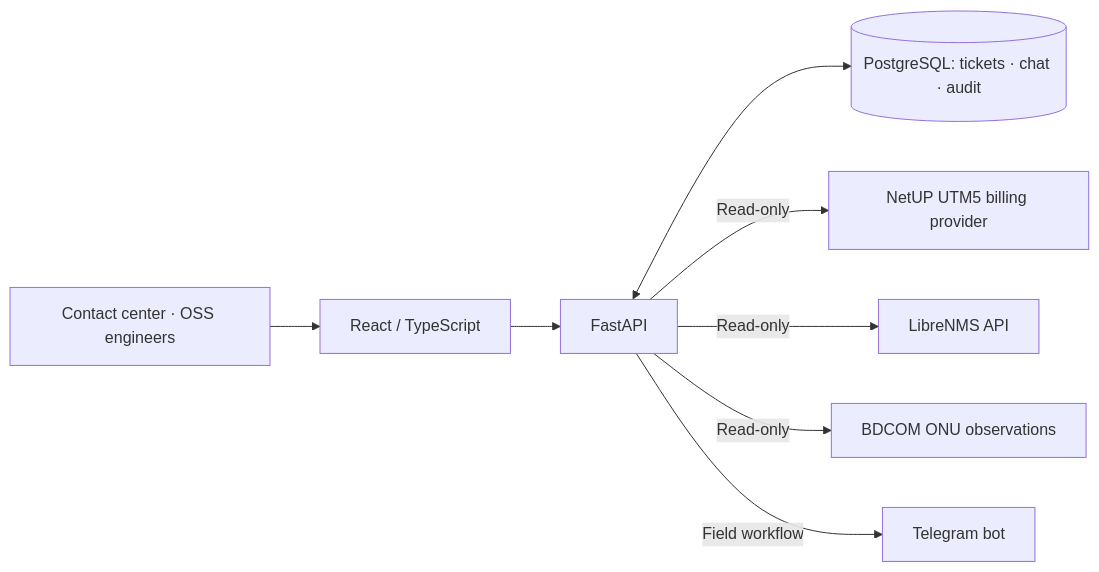
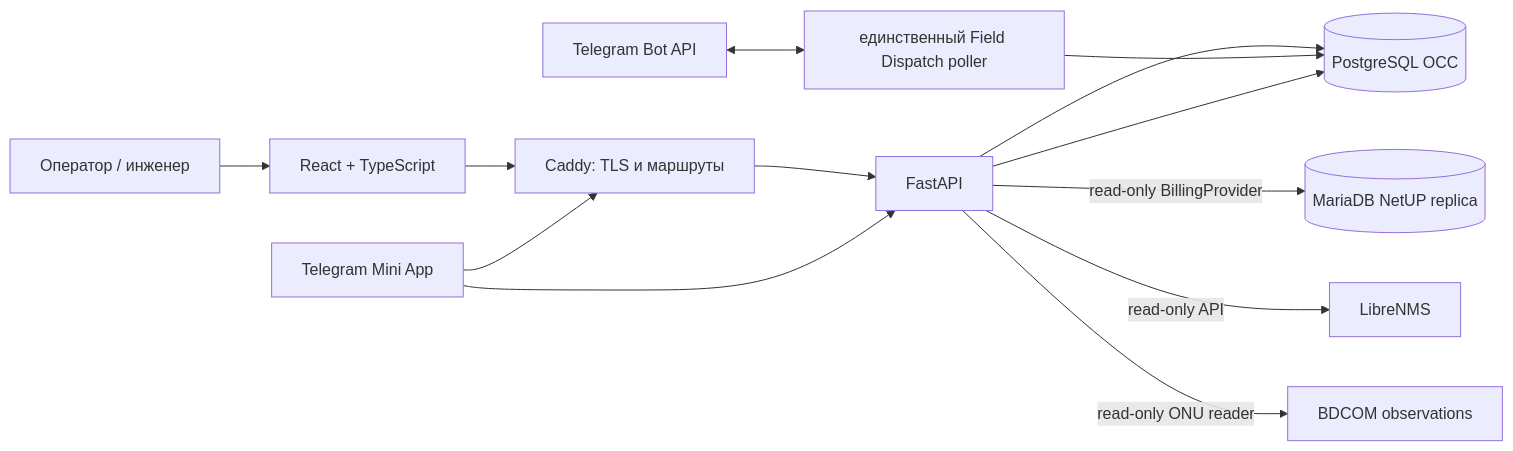
Before and after one commit to codexhtb/oss-control-center: the diagram in README.md, drawn with Mermaid. The commit also changed other lines of this file and 203 other files, not shown here.

````diff
--- a/README.md
+++ b/README.md
@@ -52,10 +24,15 @@
-~~~mermaid
+```mermaid
 flowchart LR
-    STAFF["Contact center · OSS engineers"] --> WEB["React / TypeScript"]
-    WEB --> API["FastAPI"]
-    API <--> PG[("PostgreSQL: tickets · chat · audit")]
-    API -->|Read-only| BILL["NetUP UTM5 billing provider"]
-    API -->|Read-only| LN["LibreNMS API"]
-    API -->|Read-only| ONU["BDCOM ONU observations"]
-    API -->|Field workflow| TG["Telegram bot"]
-~~~
+  U[Оператор / инженер] --> W[React + TypeScript]
+  W --> C[Caddy: TLS и маршруты]
+  C --> A[FastAPI]
+  A --> P[(PostgreSQL OCC)]
+  A -->|read-only BillingProvider| N[(MariaDB NetUP replica)]
+  A -->|read-only API| L[LibreNMS]
+  A -->|read-only ONU reader| B[BDCOM observations]
+  T[Telegram Bot API] <--> Q[единственный Field Dispatch poller]
+  Q --> P
+  A --> P
+  F[Telegram Mini App] --> C
+  F --> A
+```
````
